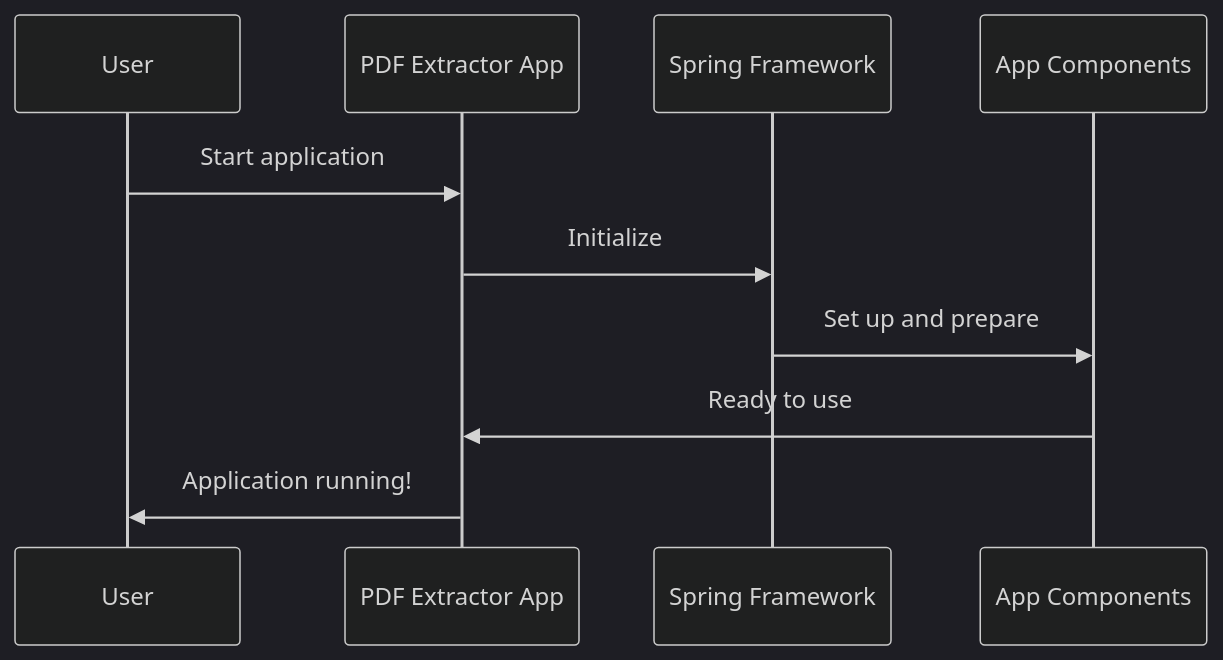
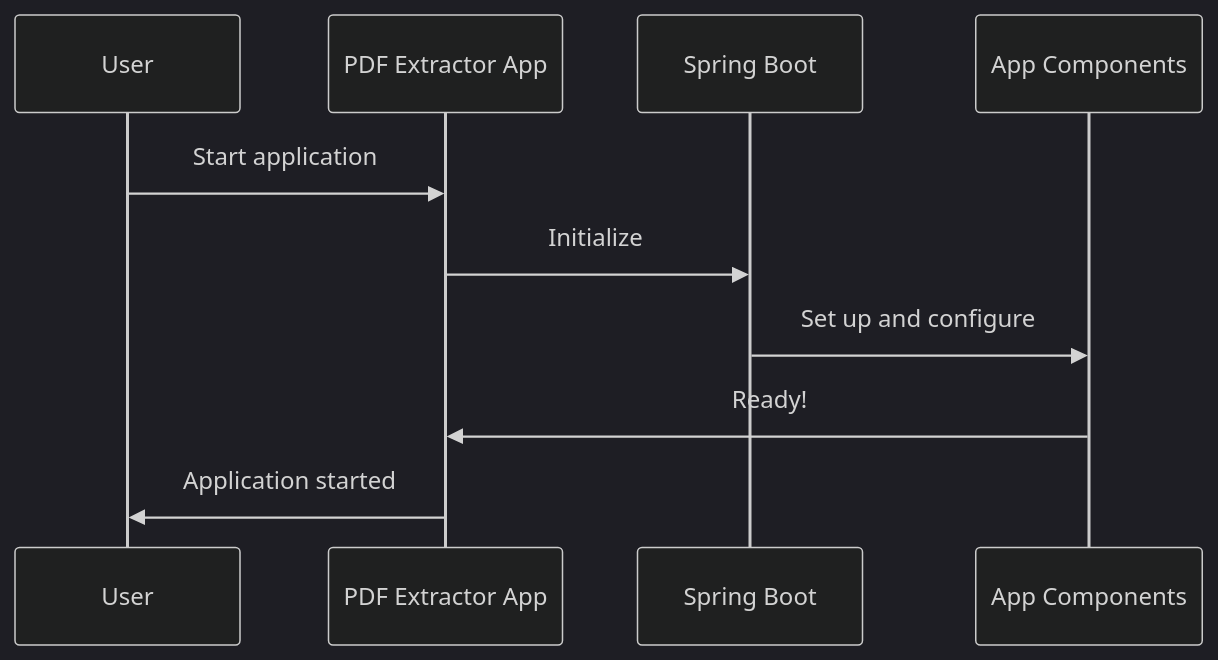
Before and after one commit to dygavieta/NewRepo: the second of 6 diagrams in README.md, drawn with Mermaid (dark theme). The commit also changed other lines of this file, not shown here.

````diff
--- a/README.md
+++ b/README.md
@@ -93,13 +84,12 @@
 ```mermaid
 sequenceDiagram
     participant User
     participant App as PDF Extractor App
-    participant Spring as Spring Framework
+    participant Spring as Spring Boot
     participant Components as App Components
-
     User->>App: Start application
     App->>Spring: Initialize
-    Spring->>Components: Set up and prepare
-    Components->>App: Ready to use
-    App->>User: Application running!
+    Spring->>Components: Set up and configure
+    Components->>App: Ready!
+    App->>User: Application started
 ```
````
